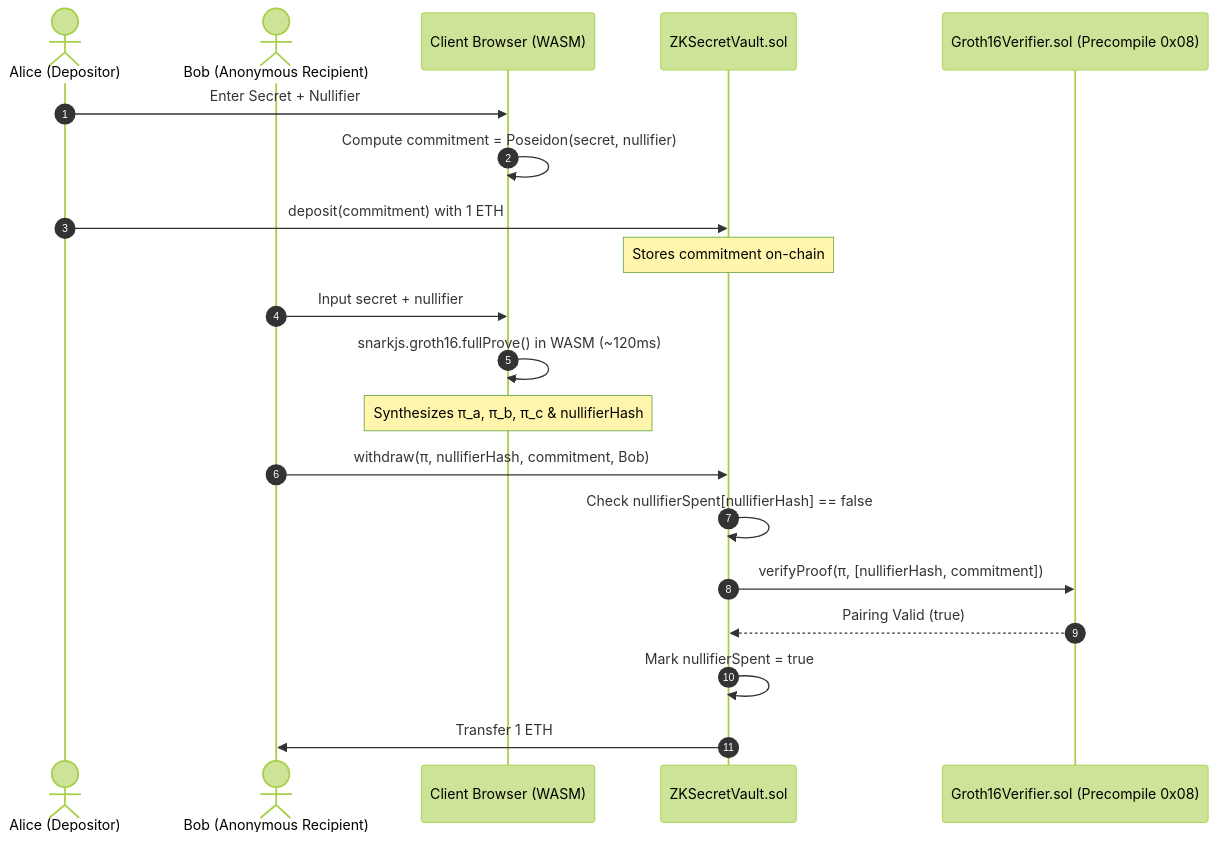
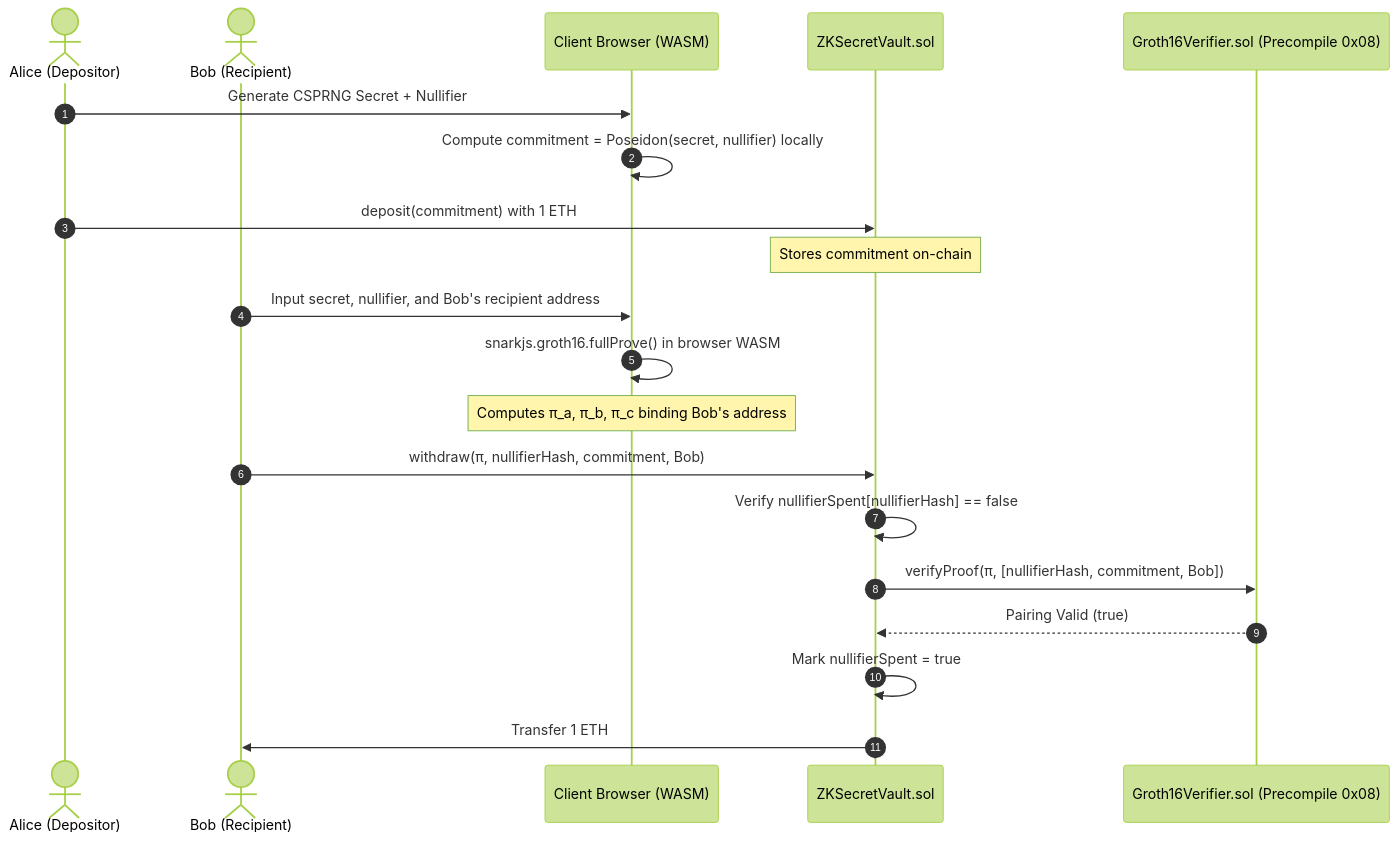
One commit to ajin558/zk-secret-vault changed the diagram in README.md. Above: the diagram before and after it, drawn with Mermaid (forest theme). The commit also changed other lines of this file and 44 other files, not shown here.

````diff
--- a/README.md
+++ b/README.md
@@ -24,24 +29,24 @@
 ```mermaid
 sequenceDiagram
     autonumber
     actor Alice as Alice (Depositor)
-    actor Bob as Bob (Anonymous Recipient)
+    actor Bob as Bob (Recipient)
     participant Browser as Client Browser (WASM)
     participant Contract as ZKSecretVault.sol
     participant Verifier as Groth16Verifier.sol (Precompile 0x08)
 
-    Alice->>Browser: Enter Secret + Nullifier
-    Browser->>Browser: Compute commitment = Poseidon(secret, nullifier)
+    Alice->>Browser: Generate CSPRNG Secret + Nullifier
+    Browser->>Browser: Compute commitment = Poseidon(secret, nullifier) locally
     Alice->>Contract: deposit(commitment) with 1 ETH
     Note over Contract: Stores commitment on-chain
 
-    Bob->>Browser: Input secret + nullifier
-    Browser->>Browser: snarkjs.groth16.fullProve() in WASM (~120ms)
-    Note over Browser: Synthesizes π_a, π_b, π_c & nullifierHash
+    Bob->>Browser: Input secret, nullifier, and Bob's recipient address
+    Browser->>Browser: snarkjs.groth16.fullProve() in browser WASM
+    Note over Browser: Computes π_a, π_b, π_c binding Bob's address
     Bob->>Contract: withdraw(π, nullifierHash, commitment, Bob)
-    Contract->>Contract: Check nullifierSpent[nullifierHash] == false
-    Contract->>Verifier: verifyProof(π, [nullifierHash, commitment])
+    Contract->>Contract: Verify nullifierSpent[nullifierHash] == false
+    Contract->>Verifier: verifyProof(π, [nullifierHash, commitment, Bob])
     Verifier-->>Contract: Pairing Valid (true)
     Contract->>Contract: Mark nullifierSpent = true
     Contract->>Bob: Transfer 1 ETH
 ```
````
